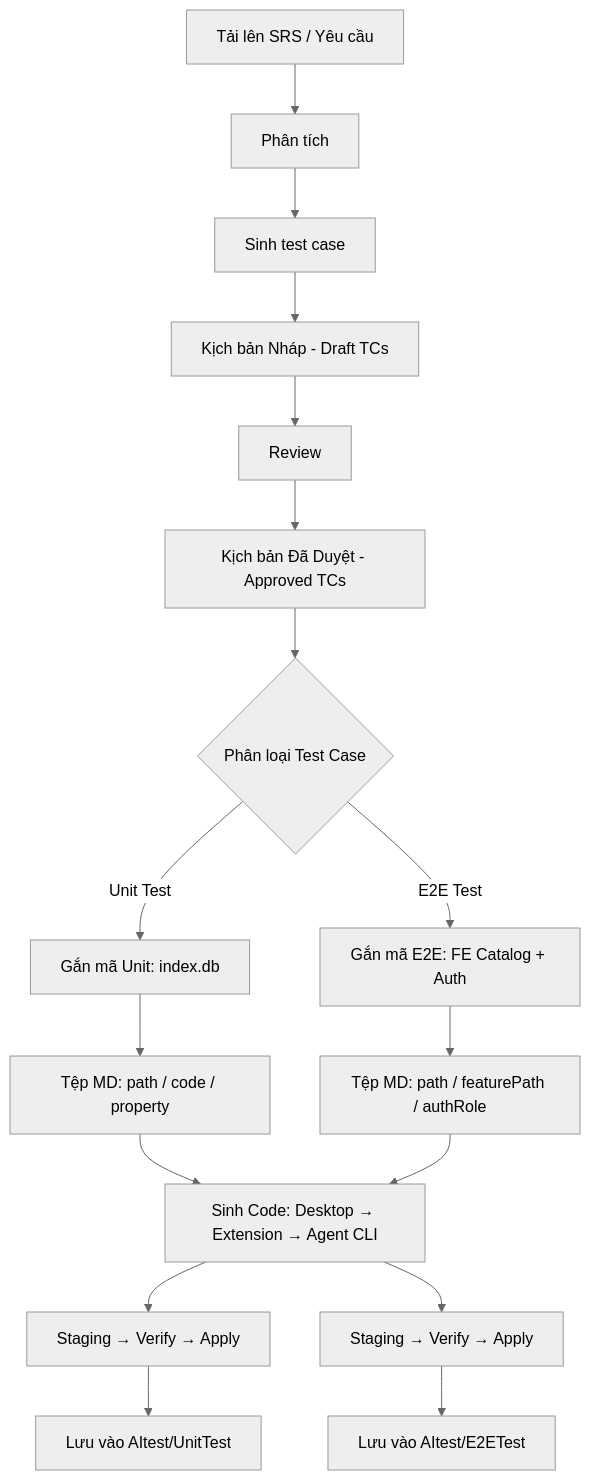
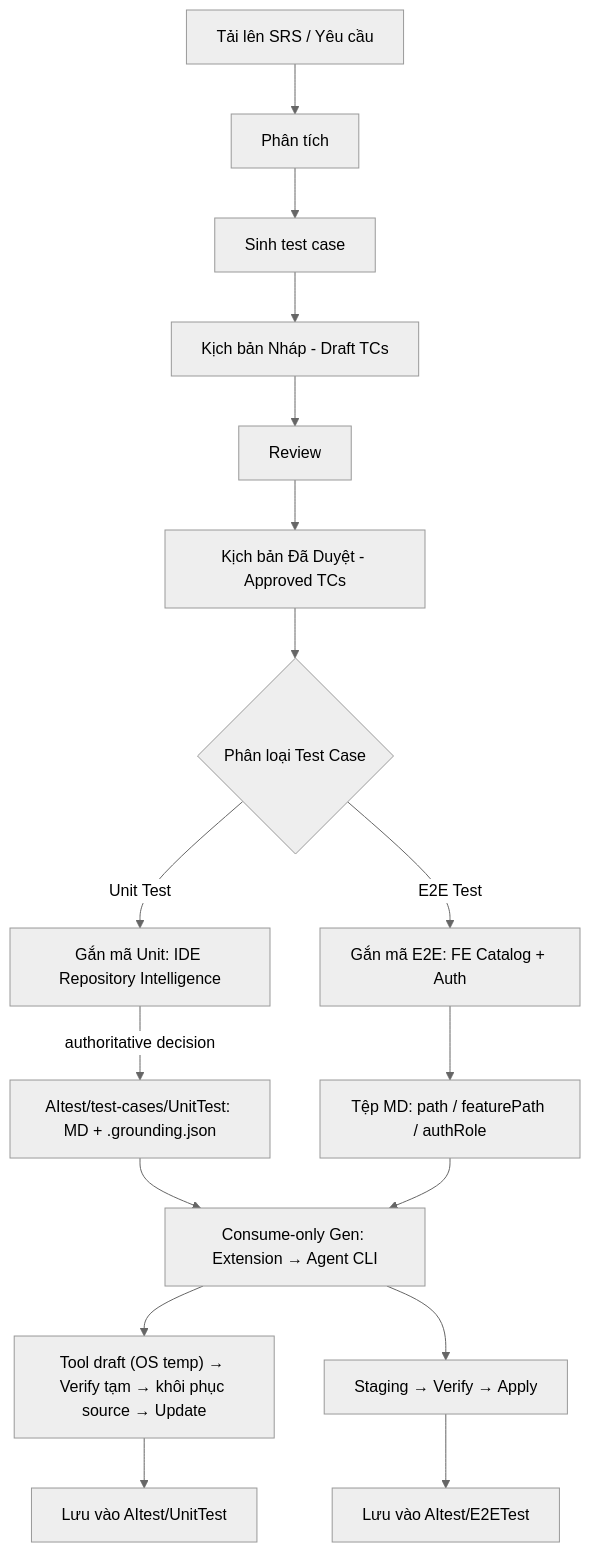
Before and after one commit to lehoailam1999/AiTest: the second of 4 diagrams in docs/ARCHITECTURE.md, drawn with Mermaid (neutral theme). The commit also changed other lines of this file and 244 other files, not shown here.

Commit message:
unit test

````diff
--- a/docs/ARCHITECTURE.md
+++ b/docs/ARCHITECTURE.md
@@ -74,22 +74,22 @@
 ```mermaid
 flowchart TB
   SRS[Tải lên SRS / Yêu cầu] --> Know[Phân tích]
   Know --> Jobs[Sinh test case]
   Jobs --> Draft[Kịch bản Nháp - Draft TCs]
   Draft --> Review[Review]
   Review --> Approved[Kịch bản Đã Duyệt - Approved TCs]
 
   Approved --> Ground{Phân loại Test Case}
 
-  Ground -->|Unit Test| UG[Gắn mã Unit: index.db]
-  UG --> UMD["Tệp MD: path / code / property"]
-  UMD --> Gen["Sinh Code: Desktop → Extension → Agent CLI"]
-  Gen --> UVA[Staging → Verify → Apply]
+  Ground -->|Unit Test| UG[Gắn mã Unit: IDE Repository Intelligence]
+  UG -->|authoritative decision| UMD["AItest/test-cases/UnitTest: MD + .grounding.json"]
+  UMD --> Gen["Consume-only Gen: Extension → Agent CLI"]
+  Gen --> UVA["Tool draft (OS temp) → Verify tạm → khôi phục source → Update"]
   UVA --> UOut[Lưu vào AItest/UnitTest]
 
   Ground -->|E2E Test| EG[Gắn mã E2E: FE Catalog + Auth]
   EG --> EMD["Tệp MD: path / featurePath / authRole"]
   EMD --> Gen
   Gen --> EVA[Staging → Verify → Apply]
   EVA --> EOut[Lưu vào AItest/E2ETest]
 ```
````
